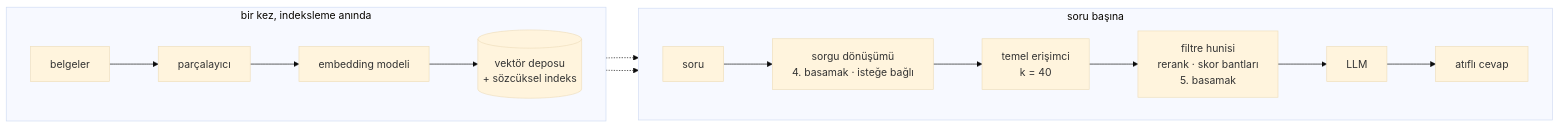
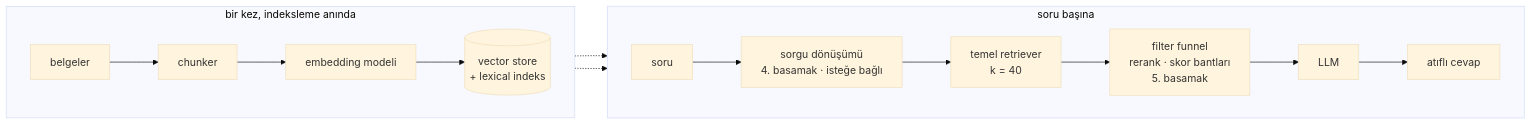
One commit to fport/milvus-rag changed the diagram in docs/rag/index.tr.md. Above: the diagram before and after it, drawn with Mermaid (base theme). The commit also changed other lines of this file and 15 other files, not shown here.

````diff
--- a/docs/rag/index.tr.md
+++ b/docs/rag/index.tr.md
@@ -91,17 +91,17 @@
 ```mermaid
 flowchart LR
     subgraph BUILD["bir kez, indeksleme anında"]
         direction LR
-        DOCS["belgeler"] --> CHUNK["parçalayıcı"] --> EMB["embedding modeli"] --> STORE[("vektör deposu<br>+ sözcüksel indeks")]
+        DOCS["belgeler"] --> CHUNK["chunker"] --> EMB["embedding modeli"] --> STORE[("vector store<br>+ lexical indeks")]
     end
 
     subgraph ASK["soru başına"]
         direction LR
-        Q["soru"] --> T["sorgu dönüşümü<br>4. basamak · isteğe bağlı"] --> RET["temel erişimci<br>k = 40"]
-        RET --> FUNNEL["filtre hunisi<br>rerank · skor bantları<br>5. basamak"]
+        Q["soru"] --> T["sorgu dönüşümü<br>4. basamak · isteğe bağlı"] --> RET["temel retriever<br>k = 40"]
+        RET --> FUNNEL["filter funnel<br>rerank · skor bantları<br>5. basamak"]
         FUNNEL --> LLM["LLM"] --> ANS["atıflı cevap"]
     end
 
     STORE -.-> RET
     EMB -.-> T
 ```
````
